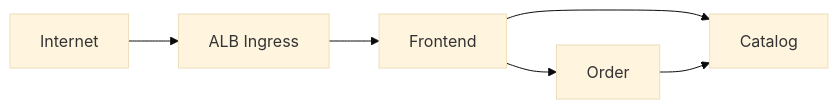
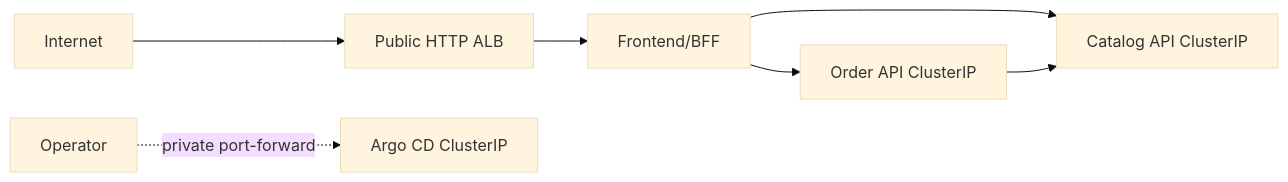
The diagram in README.md (MinhKhoa2209/techx-chart), drawn with Mermaid (base theme) before and after one commit. The commit also changed other lines of this file, not shown here.

````diff
--- a/README.md
+++ b/README.md
@@ -16,8 +29,9 @@
 ```mermaid
 flowchart LR
-  Internet --> ALB[ALB Ingress]
-  ALB --> Frontend
-  Frontend --> Catalog
-  Frontend --> Order
+  Internet --> ALB[Public HTTP ALB]
+  ALB --> Frontend[Frontend/BFF]
+  Frontend --> Catalog[Catalog API ClusterIP]
+  Frontend --> Order[Order API ClusterIP]
   Order --> Catalog
+  Admin[Operator] -. private port-forward .-> Argo[Argo CD ClusterIP]
 ```
````
